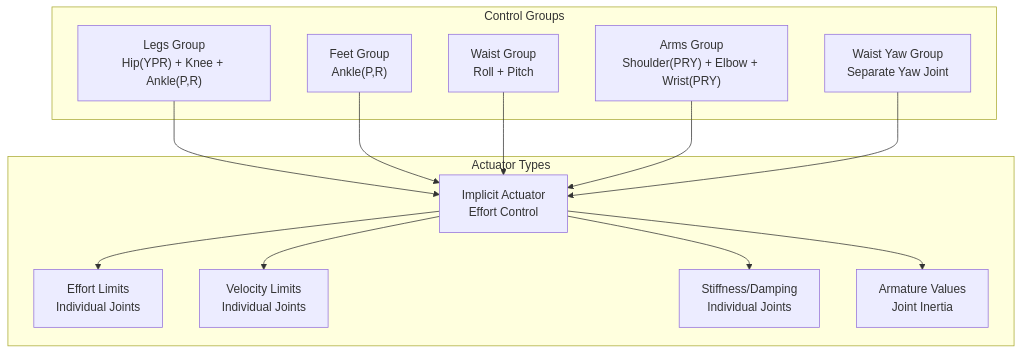
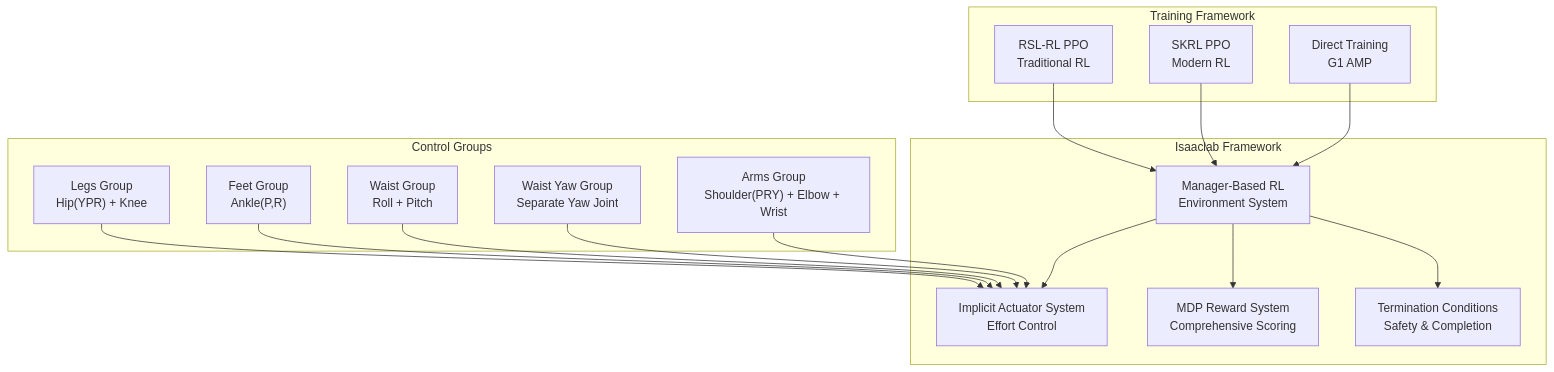
One commit to jayjayhust/robot_lab changed the second of 12 diagrams in .qoder/repowiki/en/content/Robot Categories and Models/Humanoid Robots/Unitree G1 Humanoid.md. Above: the diagram before and after it, drawn with Mermaid. The commit also changed other lines of this file and 14 other files, not shown here.

````diff
--- a/.qoder/repowiki/en/content/Robot Categories and Models/Humanoid Robots/Unitree G1 Humanoid.md
+++ b/.qoder/repowiki/en/content/Robot Categories and Models/Humanoid Robots/Unitree G1 Humanoid.md
@@ -78,26 +99,32 @@
 ```mermaid
 graph TB
+subgraph "Isaaclab Framework"
+Manager["Manager-Based RL<br/>Environment System"]
+Actuator["Implicit Actuator System<br/>Effort Control"]
+Reward["MDP Reward System<br/>Comprehensive Scoring"]
+Termination["Termination Conditions<br/>Safety & Completion"]
+end
 subgraph "Control Groups"
-Legs["Legs Group<br/>Hip(YPR) + Knee + Ankle(P,R)"]
+Legs["Legs Group<br/>Hip(YPR) + Knee"]
 Feet["Feet Group<br/>Ankle(P,R)"]
 Waist["Waist Group<br/>Roll + Pitch"]
-Arms["Arms Group<br/>Shoulder(PRY) + Elbow + Wrist(PRY)"]
 WaistYaw["Waist Yaw Group<br/>Separate Yaw Joint"]
+Arms["Arms Group<br/>Shoulder(PRY) + Elbow + Wrist"]
 end
-subgraph "Actuator Types"
-ImpAct["Implicit Actuator<br/>Effort Control"]
-EffLim["Effort Limits<br/>Individual Joints"]
-VelLim["Velocity Limits<br/>Individual Joints"]
-StiffDamp["Stiffness/Damping<br/>Individual Joints"]
-Armature["Armature Values<br/>Joint Inertia"]
+subgraph "Training Framework"
+RSL["RSL-RL PPO<br/>Traditional RL"]
+SKRL["SKRL PPO<br/>Modern RL"]
+Direct["Direct Training<br/>G1 AMP"]
 end
-Legs --> ImpAct
-Feet --> ImpAct
-Waist --> ImpAct
-Arms --> ImpAct
-WaistYaw --> ImpAct
-ImpAct --> EffLim
-ImpAct --> VelLim
-ImpAct --> StiffDamp
-ImpAct --> Armature
+Manager --> Actuator
+Manager --> Reward
+Manager --> Termination
+Legs --> Actuator
+Feet --> Actuator
+Waist --> Actuator
+WaistYaw --> Actuator
+Arms --> Actuator
+RSL --> Manager
+SKRL --> Manager
+Direct --> Manager
 ```
````
